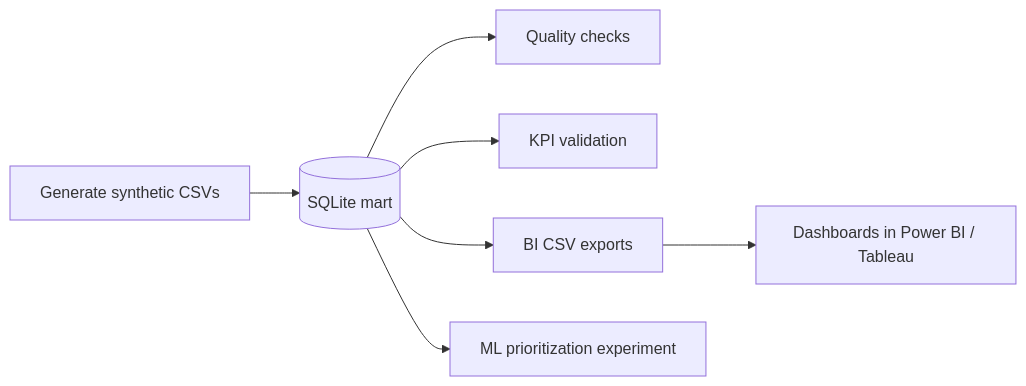
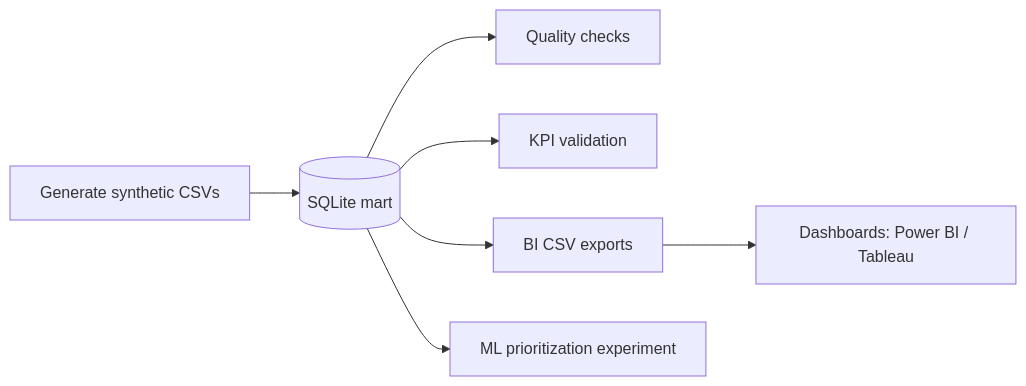
One commit to Agus-Delgado/Paradigm- changed the diagram in README.md. Above: the diagram before and after it, drawn with Mermaid. The commit also changed other lines of this file, not shown here.

Commit message:
docs(readme): fix Mermaid label and add fenced bash pipeline block

````diff
--- a/README.md
+++ b/README.md
@@ -50,16 +50,16 @@
 ```mermaid
 flowchart LR
   G[Generate synthetic CSVs]
   M[(SQLite mart)]
   Q[Quality checks]
   V[KPI validation]
   E[BI CSV exports]
-  D[Dashboards in Power BI / Tableau]
+  D["Dashboards: Power BI / Tableau"]
   L[ML prioritization experiment]
   G --> M
   M --> Q
   M --> V
   M --> E
   E --> D
   M --> L
 ```
````
